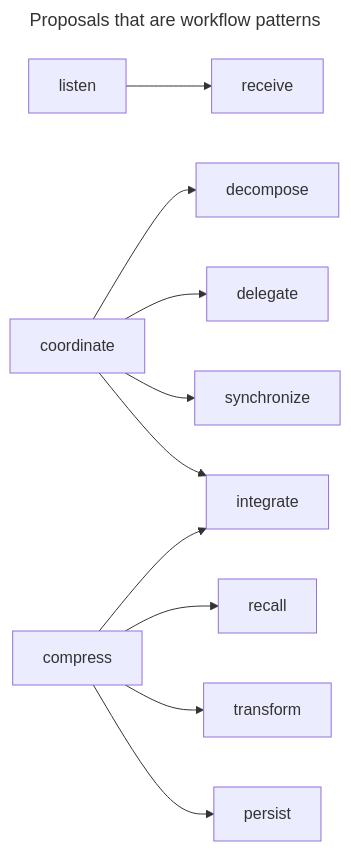
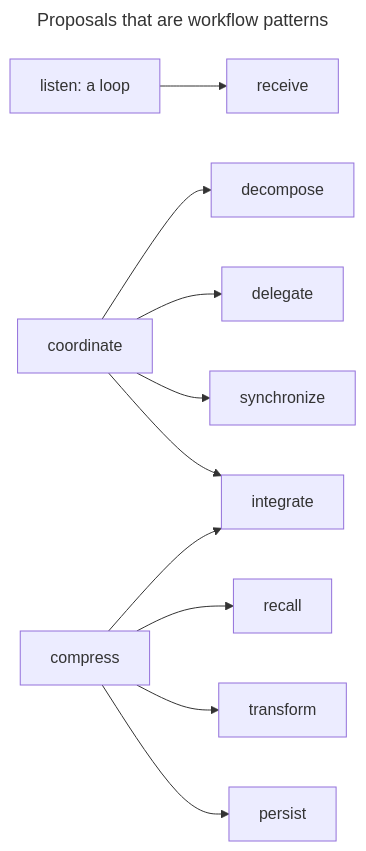
The second of 14 diagrams in docs/FAQ.md (synaptiai/agent-capability-standard), drawn with Mermaid before and after one commit. The commit also changed other lines of this file, not shown here.

First line of the commit message:
docs: FAQ diagrams carry the qualifiers their lists state

````diff
--- a/docs/FAQ.md
+++ b/docs/FAQ.md
@@ -73,16 +73,16 @@
 ```mermaid
 ---
 title: Proposals that are workflow patterns
 ---
 flowchart LR
-  accDescr: Each proposal on the left is a composition of the existing capabilities it points to, as the list above says.
-  listen["listen"] --> receive["receive"]
+  accDescr: listen is a loop of receive, and each other proposal on the left is a composition of the existing capabilities it points to, as the list above says.
+  listen["listen: a loop"] --> receive["receive"]
   coordinate["coordinate"] --> decompose["decompose"]
   coordinate --> delegate["delegate"]
   coordinate --> synchronize["synchronize"]
   coordinate --> integrate["integrate"]
   compress["compress"] --> recall["recall"]
   compress --> integrate
   compress --> transform["transform"]
   compress --> persist["persist"]
 ```
````
